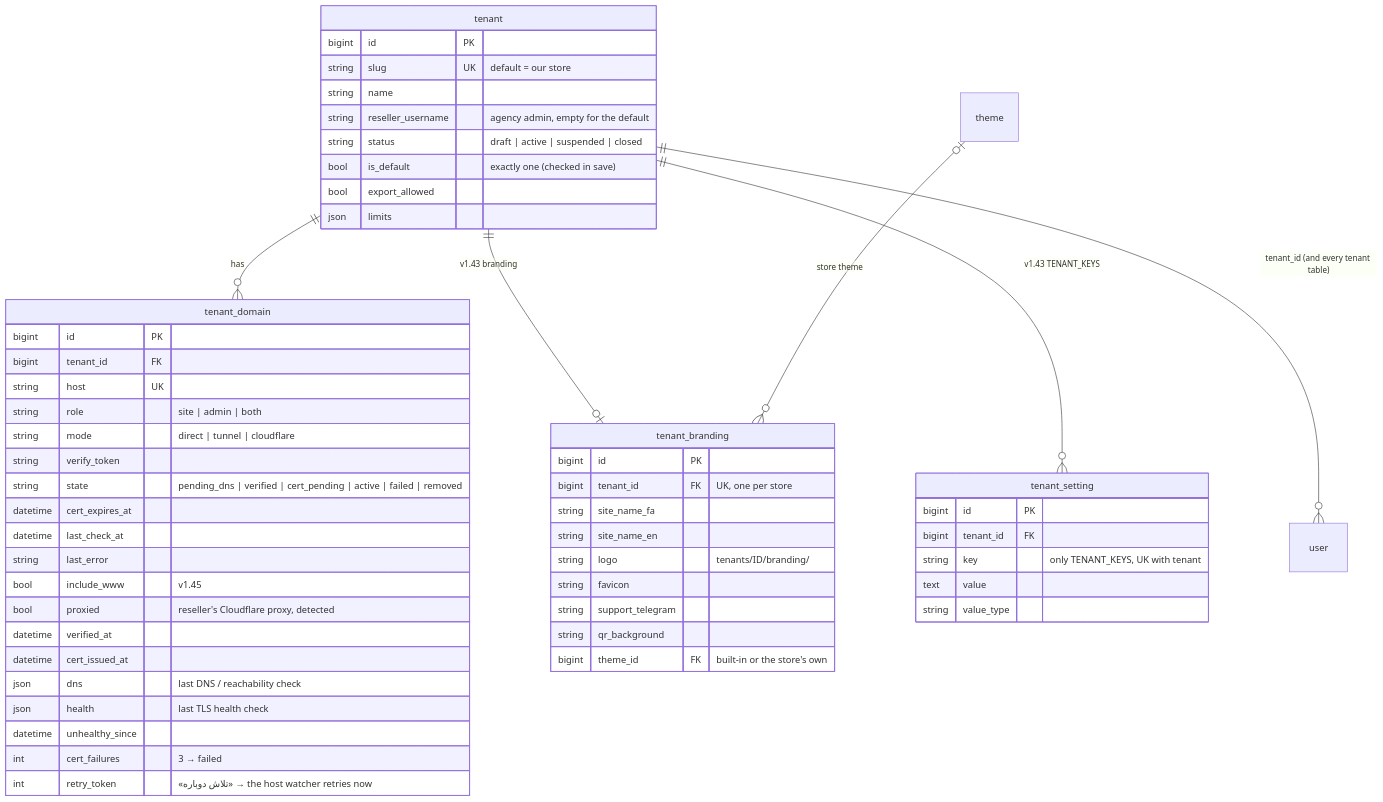
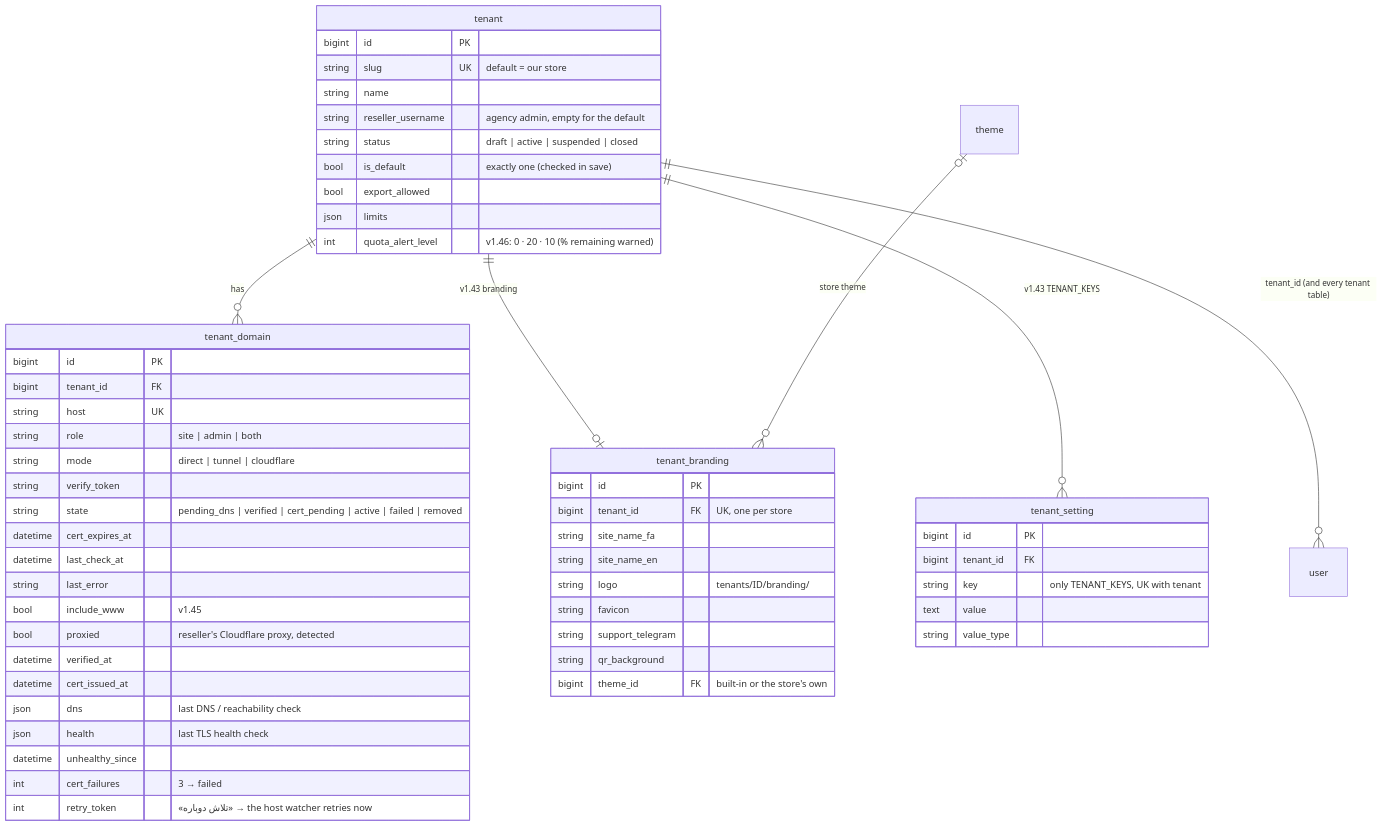
The first of 9 diagrams in docs/erd.md (santiyagoburcart/caspintunel), drawn with Mermaid before and after one commit. The commit also changed 31 other files, not shown here.

````diff
--- a/docs/erd.md
+++ b/docs/erd.md
@@ -22,57 +22,58 @@
 ```mermaid
 erDiagram
     tenant ||--o{ tenant_domain : has
     tenant ||--o| tenant_branding : "v1.43 branding"
     tenant ||--o{ tenant_setting : "v1.43 TENANT_KEYS"
     theme |o--o{ tenant_branding : "store theme"
     tenant ||--o{ user : "tenant_id (and every tenant table)"
     tenant {
         bigint id PK
         string slug UK "default = our store"
         string name
         string reseller_username "agency admin, empty for the default"
         string status "draft | active | suspended | closed"
         bool is_default "exactly one (checked in save)"
         bool export_allowed
         json limits
+        int quota_alert_level "v1.46: 0 · 20 · 10 (% remaining warned)"
     }
     tenant_domain {
         bigint id PK
         bigint tenant_id FK
         string host UK
         string role "site | admin | both"
         string mode "direct | tunnel | cloudflare"
         string verify_token
         string state "pending_dns | verified | cert_pending | active | failed | removed"
         datetime cert_expires_at
         datetime last_check_at
         string last_error
         bool include_www "v1.45"
         bool proxied "reseller's Cloudflare proxy, detected"
         datetime verified_at
         datetime cert_issued_at
         json dns "last DNS / reachability check"
         json health "last TLS health check"
         datetime unhealthy_since
         int cert_failures "3 → failed"
         int retry_token "«تلاش دوباره» → the host watcher retries now"
     }
     tenant_branding {
         bigint id PK
         bigint tenant_id FK "UK, one per store"
         string site_name_fa
         string site_name_en
         string logo "tenants/ID/branding/"
         string favicon
         string support_telegram
         string qr_background
         bigint theme_id FK "built-in or the store's own"
     }
     tenant_setting {
         bigint id PK
         bigint tenant_id FK
         string key "only TENANT_KEYS, UK with tenant"
         text value
         string value_type
     }
 ```
````
